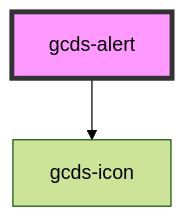
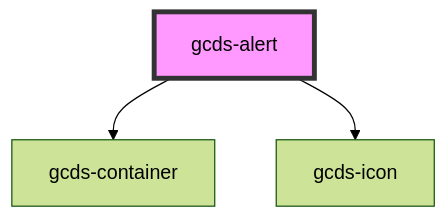
The diagram in packages/web/src/components/gcds-alert/readme.md (cds-snc/gcds-components), drawn with Mermaid (forest theme) before and after one commit. The commit also changed other lines of this file and 11 other files, not shown here.

Commit message:
add gcds-container component + integrate it into other components

````diff
--- a/packages/web/src/components/gcds-alert/readme.md
+++ b/packages/web/src/components/gcds-alert/readme.md
@@ -35,5 +36,6 @@
 ```mermaid
 graph TD;
+  gcds-alert --> gcds-container
   gcds-alert --> gcds-icon
   style gcds-alert fill:#f9f,stroke:#333,stroke-width:4px
 ```
````
